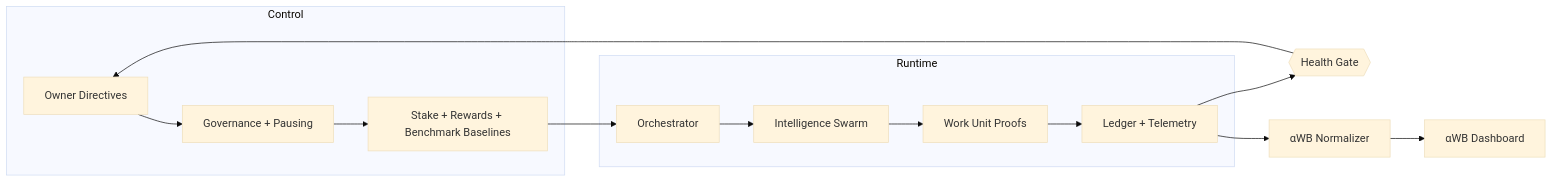
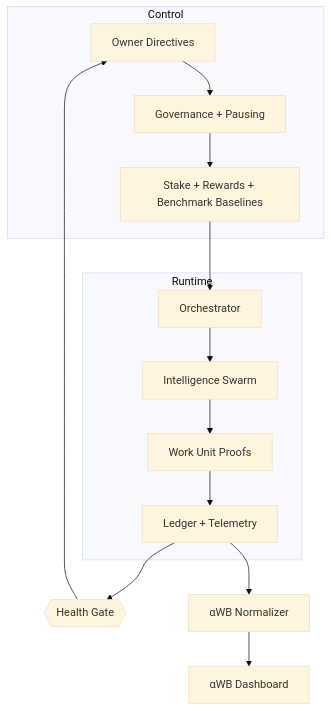
The second of 6 diagrams in README.md (MontrealAI/AGI-Alpha-Node-v0), drawn with Mermaid (base theme) before and after one commit. The commit also changed other lines of this file and 2 other files, not shown here.

````diff
--- a/README.md
+++ b/README.md
@@ -80,17 +79,17 @@
 ```mermaid
-flowchart LR
+flowchart TD
   subgraph Control
     A[Owner Directives] --> B[Governance + Pausing]
     B --> C[Stake + Rewards + Benchmark Baselines]
   end
   subgraph Runtime
     C --> D[Orchestrator]
     D --> E[Intelligence Swarm]
     E --> F[Work Unit Proofs]
     F --> G[Ledger + Telemetry]
   end
   G --> H{{Health Gate}}
   G --> I[αWB Normalizer]
   I --> J[αWB Dashboard]
   H --> A
 ```
````
